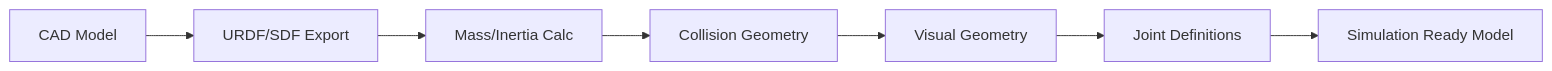
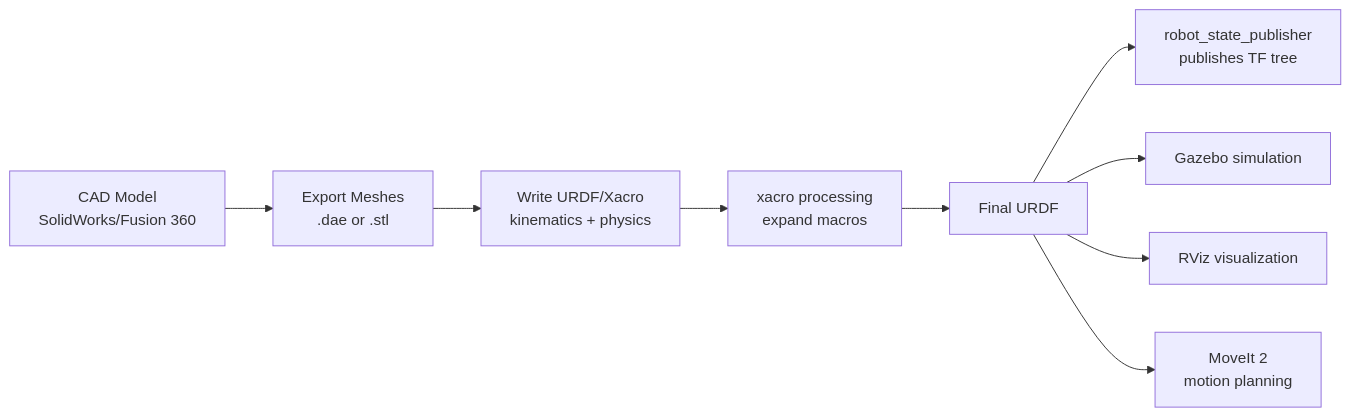
Before and after one commit to SheebaZaim/Physical-AI-and-Humanoid-Robtoics: the first of 2 diagrams in project/frontend/docs/simulation/robot-modeling.md, drawn with Mermaid. The commit also changed other lines of this file and 15 other files, not shown here.

Commit message:
Enrich book content: comprehensive chapters with code, diagrams, images

````diff
--- a/project/frontend/docs/simulation/robot-modeling.md
+++ b/project/frontend/docs/simulation/robot-modeling.md
@@ -12,9 +13,11 @@
-  ```mermaid
-  graph LR
-      A[CAD Model] --> B[URDF/SDF Export]
-      B --> C[Mass/Inertia Calc]
-      C --> D[Collision Geometry]
-      D --> E[Visual Geometry]
-      E --> F[Joint Definitions]
-      F --> G[Simulation Ready Model]
-  ```
+```mermaid
+graph LR
+    CAD[CAD Model<br/>SolidWorks/Fusion 360] --> Export[Export Meshes<br/>.dae or .stl]
+    Export --> URDF[Write URDF/Xacro<br/>kinematics + physics]
+    URDF --> Xacro[xacro processing<br/>expand macros]
+    Xacro --> URDF2[Final URDF]
+    URDF2 --> RSP[robot_state_publisher<br/>publishes TF tree]
+    URDF2 --> Gazebo[Gazebo simulation]
+    URDF2 --> RViz[RViz visualization]
+    URDF2 --> MoveIt[MoveIt 2<br/>motion planning]
+```
````
